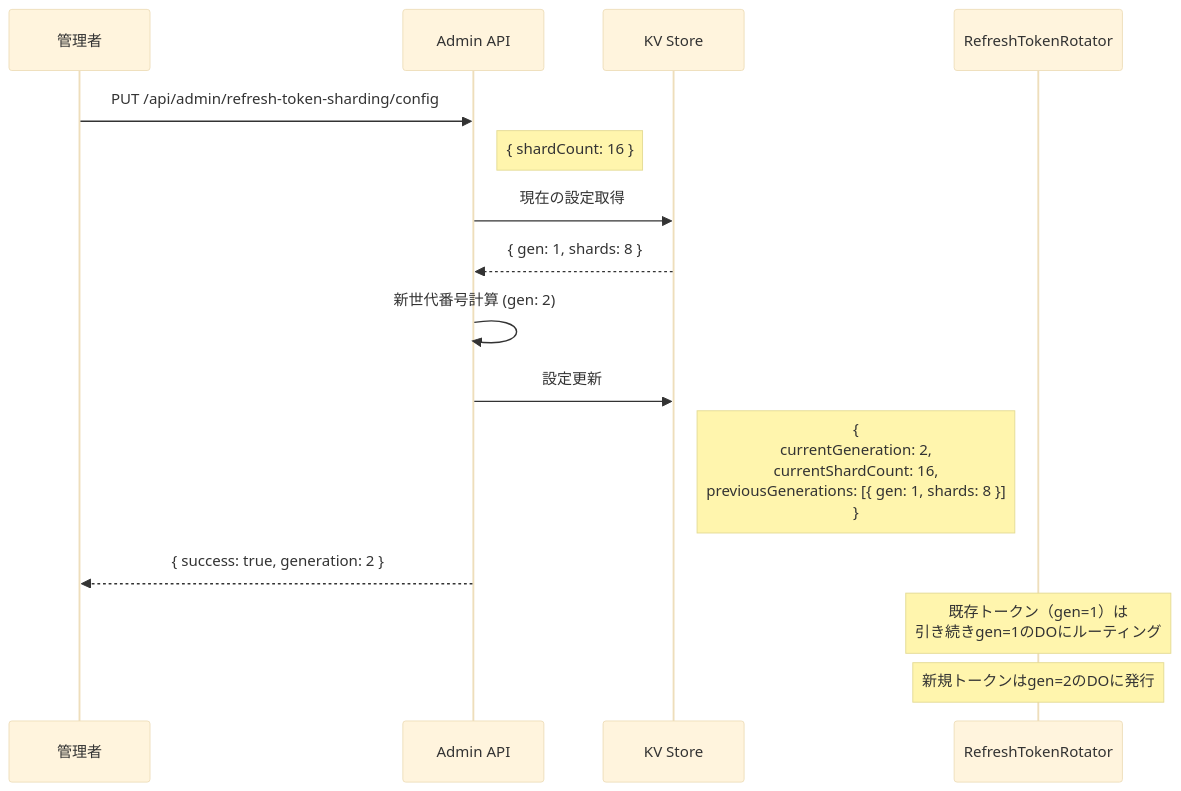
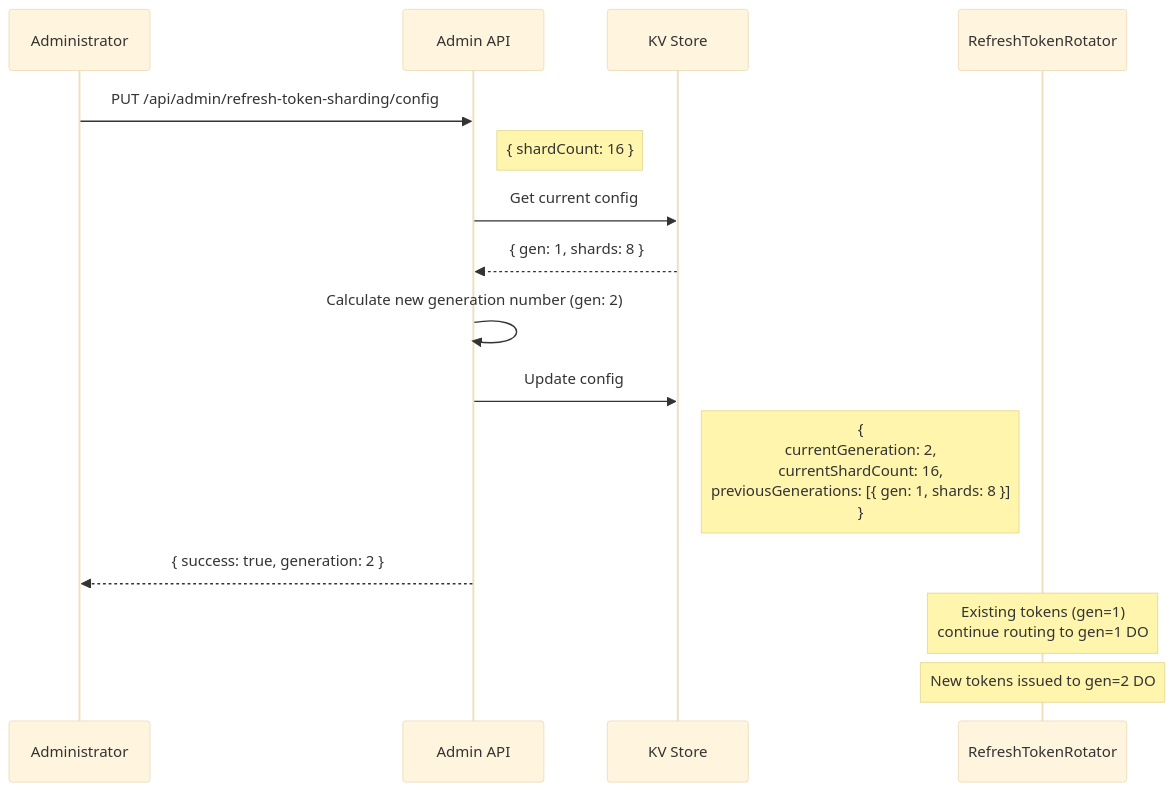
One commit to sgrastar/authrim changed the third of 3 diagrams in docs/architecture/refresh-token-sharding.md. Above: the diagram before and after it, drawn with Mermaid (base theme). The commit also changed other lines of this file and 28 other files, not shown here.

````diff
--- a/docs/architecture/refresh-token-sharding.md
+++ b/docs/architecture/refresh-token-sharding.md
@@ -406,23 +406,23 @@
 ```mermaid
 sequenceDiagram
-    participant Admin as 管理者
+    participant Admin as Administrator
     participant API as Admin API
     participant KV as KV Store
     participant DO as RefreshTokenRotator
 
     Admin->>API: PUT /api/admin/refresh-token-sharding/config
     Note right of API: { shardCount: 16 }
 
-    API->>KV: 現在の設定取得
+    API->>KV: Get current config
     KV-->>API: { gen: 1, shards: 8 }
 
-    API->>API: 新世代番号計算 (gen: 2)
+    API->>API: Calculate new generation number (gen: 2)
 
-    API->>KV: 設定更新
+    API->>KV: Update config
     Note right of KV: {<br/>  currentGeneration: 2,<br/>  currentShardCount: 16,<br/>  previousGenerations: [{ gen: 1, shards: 8 }]<br/>}
 
     API-->>Admin: { success: true, generation: 2 }
 
-    Note over DO: 既存トークン（gen=1）は<br/>引き続きgen=1のDOにルーティング
-    Note over DO: 新規トークンはgen=2のDOに発行
+    Note over DO: Existing tokens (gen=1)<br/>continue routing to gen=1 DO
+    Note over DO: New tokens issued to gen=2 DO
 ```
````
